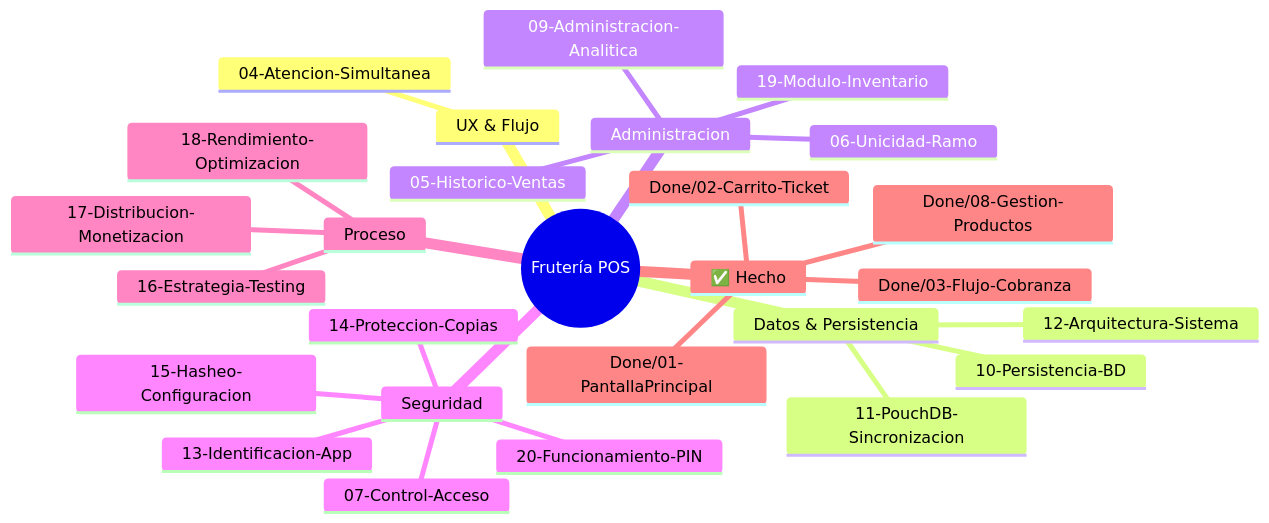
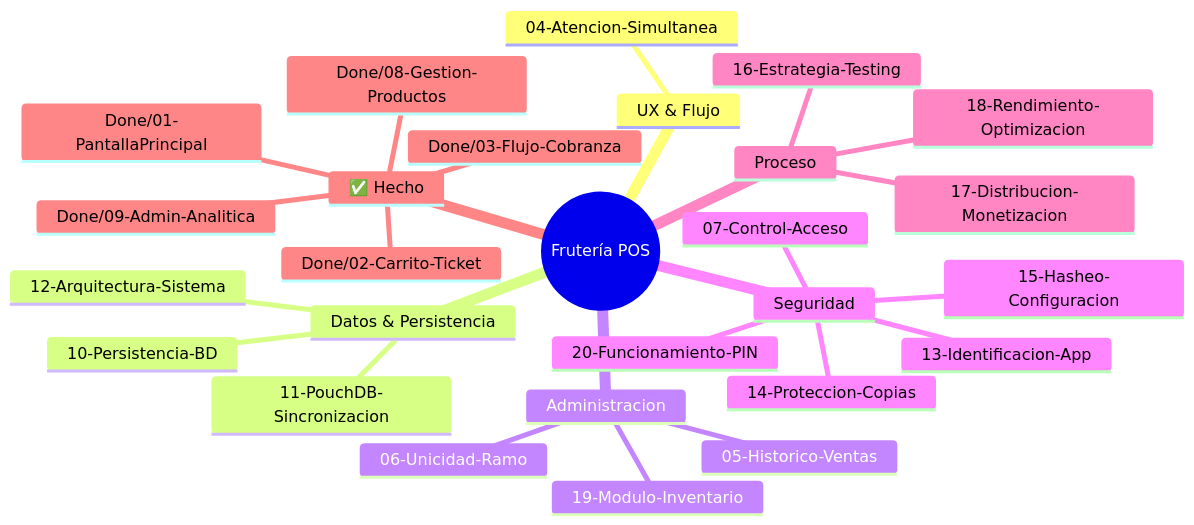
The first of 2 diagrams in BrainStorm/Main.md (mmhgarcia/fruteria), drawn with Mermaid before and after one commit. The commit also changed other lines of this file and 2 other files, not shown here.

Commit message:
docs: cierra y archiva 09-administracion-analitica en Done

````diff
--- a/BrainStorm/Main.md
+++ b/BrainStorm/Main.md
@@ -10,30 +10,30 @@
 ```mermaid
 mindmap
   root((Frutería POS))
     UX & Flujo
       04-Atencion-Simultanea
     Datos & Persistencia
       10-Persistencia-BD
       11-PouchDB-Sincronizacion
       12-Arquitectura-Sistema
     Administracion
       05-Historico-Ventas
       06-Unicidad-Ramo
-      09-Administracion-Analitica
       19-Modulo-Inventario
     Seguridad
       07-Control-Acceso
       13-Identificacion-App
       14-Proteccion-Copias
       15-Hasheo-Configuracion
       20-Funcionamiento-PIN
     Proceso
       16-Estrategia-Testing
       17-Distribucion-Monetizacion
       18-Rendimiento-Optimizacion
     ✅ Hecho
       Done/01-PantallaPrincipal
       Done/02-Carrito-Ticket
       Done/03-Flujo-Cobranza
       Done/08-Gestion-Productos
+      Done/09-Admin-Analitica
 ```
````
